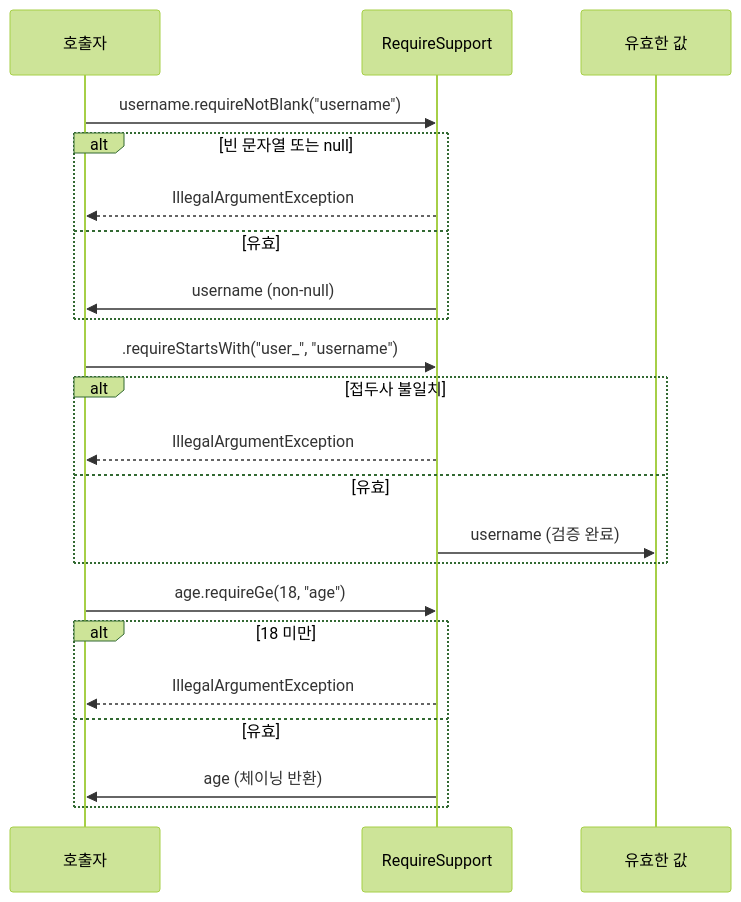
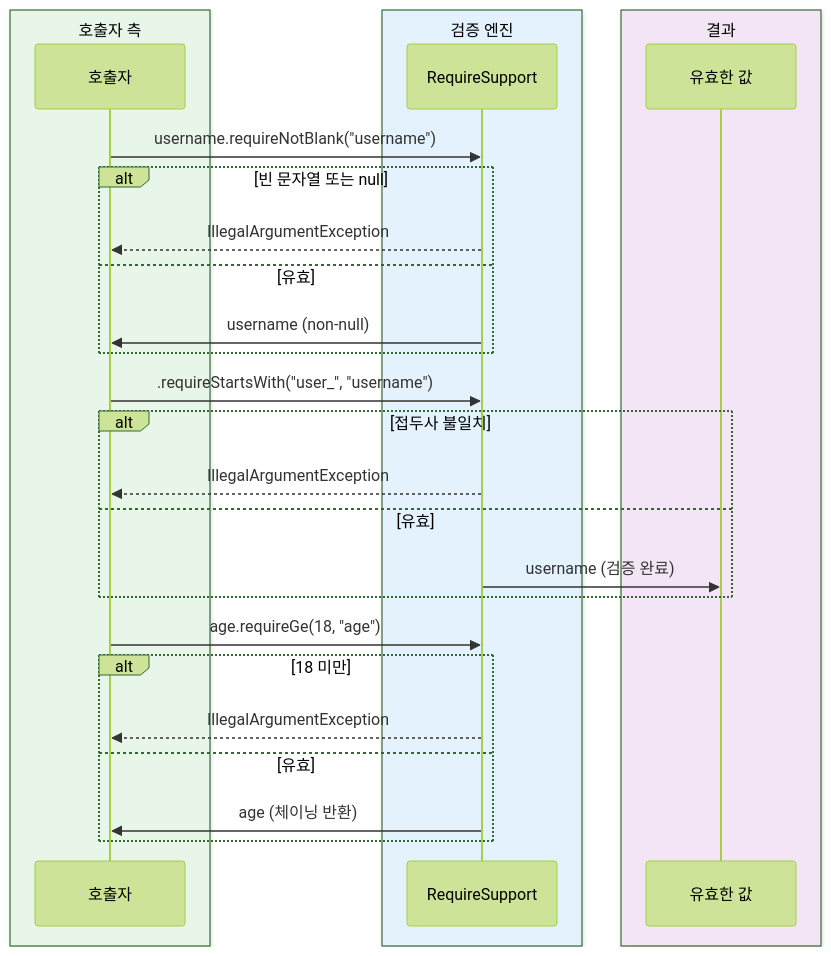
The third of 3 diagrams in bluetape4k/core/README.ko.md (bluetape4k/bluetape4k-projects), drawn with Mermaid (forest theme) before and after one commit. The commit also changed other lines of this file and 221 other files, not shown here.

First line of the commit message:
docs: 전체 모듈 README UML 다이어그램 보강 및 색상 업그레이드

````diff
--- a/bluetape4k/core/README.ko.md
+++ b/bluetape4k/core/README.ko.md
@@ -137,27 +154,33 @@
 ```mermaid
 sequenceDiagram
-    participant C as 호출자
-    participant R as RequireSupport
-    participant V as 유효한 값
+    box rgb(232, 245, 233) 호출자 측
+        participant C as 호출자
+    end
+    box rgb(227, 242, 253) 검증 엔진
+        participant R as RequireSupport
+    end
+    box rgb(243, 229, 245) 결과
+        participant V as 유효한 값
+    end
 
     C->>R: username.requireNotBlank("username")
     alt 빈 문자열 또는 null
         R-->>C: IllegalArgumentException
     else 유효
         R->>C: username (non-null)
     end
 
     C->>R: .requireStartsWith("user_", "username")
     alt 접두사 불일치
         R-->>C: IllegalArgumentException
     else 유효
         R->>V: username (검증 완료)
     end
 
     C->>R: age.requireGe(18, "age")
     alt 18 미만
         R-->>C: IllegalArgumentException
     else 유효
         R->>C: age (체이닝 반환)
     end
 ```
````
